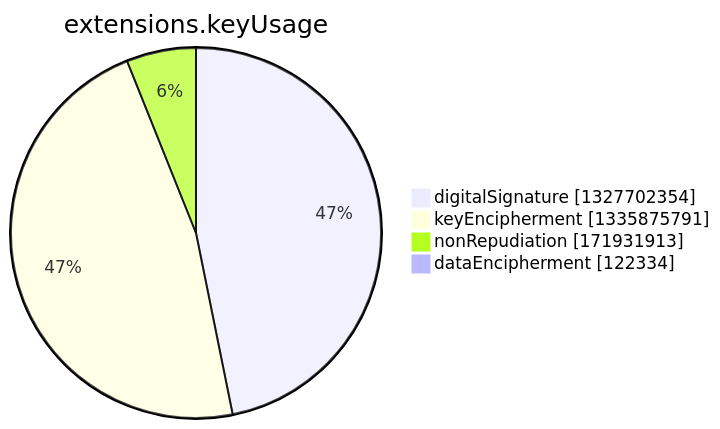
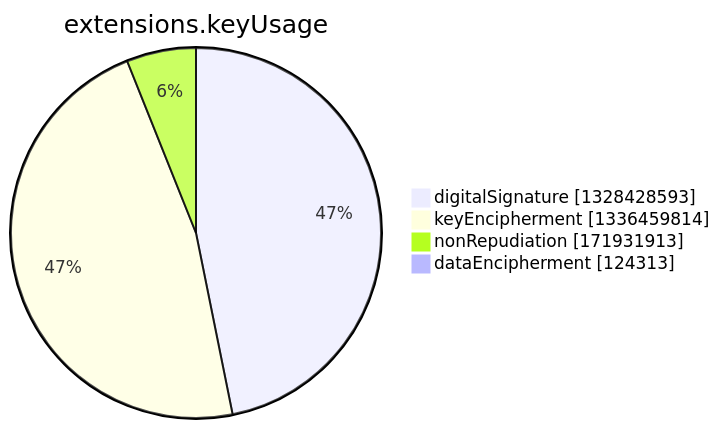
Before and after one commit to christiankrug/ctmonitor_visualization: the seventh of 15 diagrams in argon2022/README.md, drawn with Mermaid. The commit also changed other lines of this file, not shown here.

````diff
--- a/argon2022/README.md
+++ b/argon2022/README.md
@@ -2750,8 +2750,8 @@
 ```mermaid
 pie showData
 title extensions.keyUsage
-"digitalSignature" :1327702354
-"keyEncipherment" :1335875791
+"digitalSignature" :1328428593
+"keyEncipherment" :1336459814
 "nonRepudiation" :171931913
-"dataEncipherment" :122334
+"dataEncipherment" :124313
 ```
````
